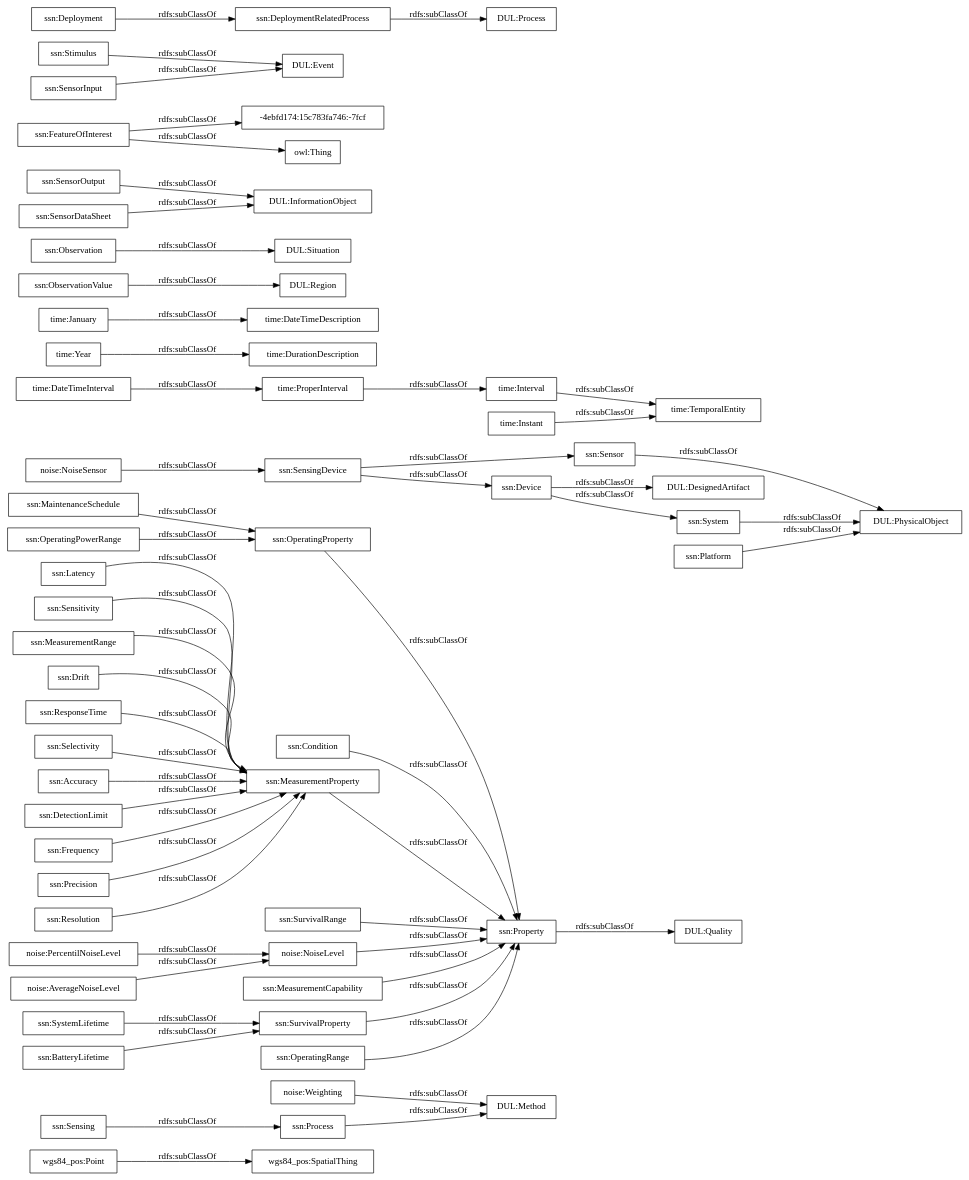
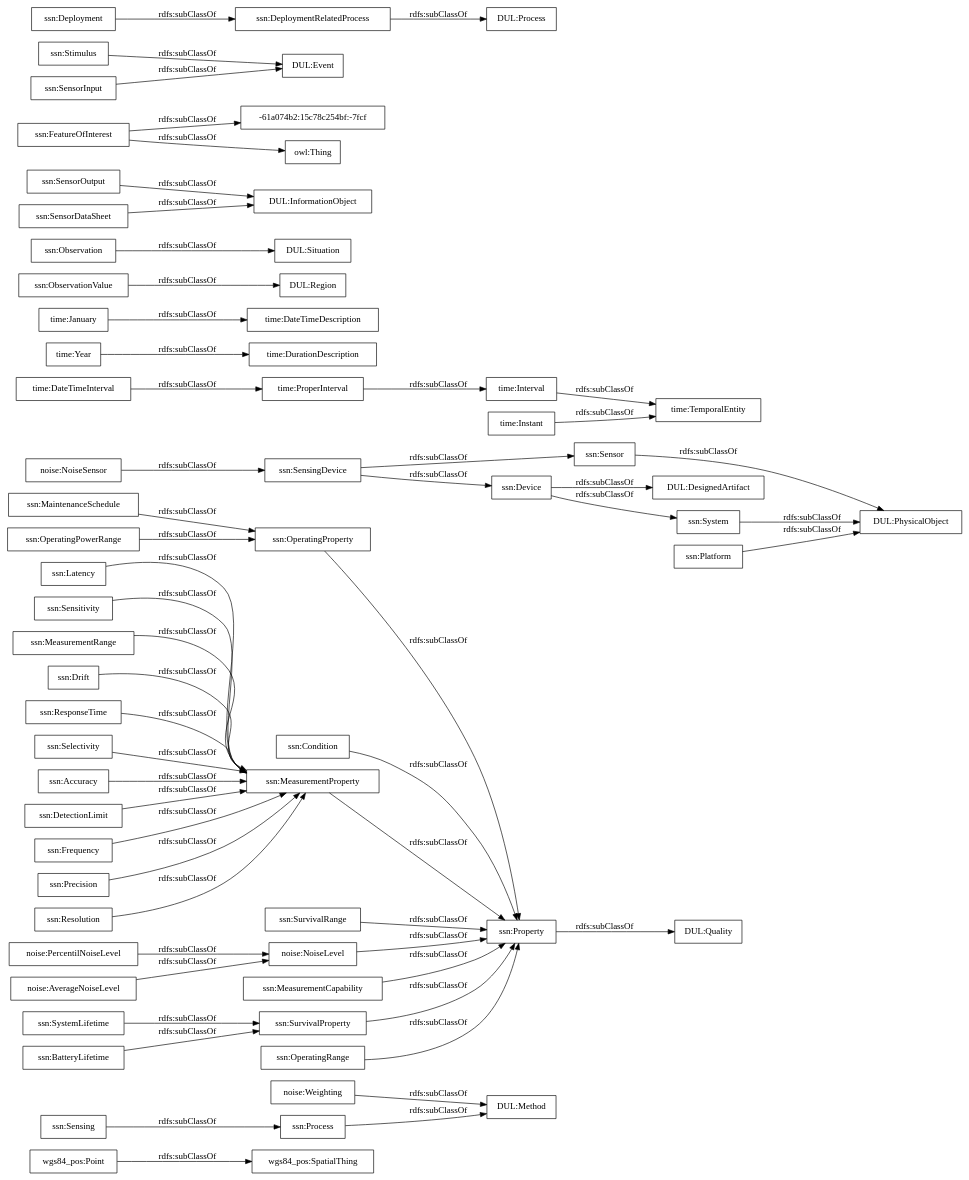
One commit to opencitydata/vocab-medio-ambiente-contaminacion-acustica changed the diagram in OnToology/contaminacion-acustica.owl/diagrams/ar2dtool-taxonomy/contaminacion-acustica.owl.png.dot. Above: the diagram before and after it, drawn with Graphviz. The commit also changed 1 other file, not shown here.

```diff
--- a/OnToology/contaminacion-acustica.owl/diagrams/ar2dtool-taxonomy/contaminacion-acustica.owl.png.dot
+++ b/OnToology/contaminacion-acustica.owl/diagrams/ar2dtool-taxonomy/contaminacion-acustica.owl.png.dot
@@ -1,60 +1,60 @@
 digraph ar2dtool_diagram { 
 rankdir=LR;
 size="1000"
-node [shape = rectangle, color="black"]; "wgs84_pos:SpatialThing" "wgs84_pos:Point" "noise:Weighting" "noise:PercentilNoiseLevel" "noise:NoiseSensor" "noise:NoiseLevel" "noise:AverageNoiseLevel" "time:DateTimeInterval" "time:DurationDescription" "time:January" "time:ProperInterval" "time:Interval" "time:TemporalEntity" "time:Year" "time:DateTimeDescription" "time:Instant" "ssn:Accuracy" "ssn:DetectionLimit" "ssn:Frequency" "ssn:Condition" "DUL:Region" "DUL:Situation" "DUL:PhysicalObject" "ssn:SensorOutput" "ssn:Precision" "ssn:Resolution" "DUL:Quality" "ssn:FeatureOfInterest" "ssn:Sensor" "DUL:InformationObject" "ssn:OperatingProperty" "DUL:Event" "ssn:OperatingPowerRange" "DUL:Method" "ssn:MaintenanceSchedule" "ssn:Sensing" "ssn:Latency" "ssn:SurvivalRange" "ssn:SensingDevice" "DUL:DesignedArtifact" "ssn:Sensitivity" "ssn:Stimulus" "DUL:Process" "ssn:MeasurementRange" "ssn:System" "ssn:SystemLifetime" "ssn:Property" "ssn:MeasurementProperty" "-4ebfd174:15c783fa746:-7fcf" "ssn:Process" "ssn:Deployment" "ssn:MeasurementCapability" "ssn:BatteryLifetime" "ssn:Drift" "ssn:DeploymentRelatedProcess" "ssn:SensorInput" "ssn:ResponseTime" "ssn:ObservationValue" "ssn:SensorDataSheet" "ssn:Observation" "ssn:Selectivity" "ssn:SurvivalProperty" "ssn:Device" "ssn:OperatingRange" "ssn:Platform" ; /*classes style*/
+node [shape = rectangle, color="black"]; "wgs84_pos:SpatialThing" "wgs84_pos:Point" "noise:Weighting" "noise:PercentilNoiseLevel" "noise:NoiseSensor" "noise:NoiseLevel" "noise:AverageNoiseLevel" "time:DateTimeInterval" "time:DurationDescription" "time:January" "time:ProperInterval" "time:Interval" "time:TemporalEntity" "time:Year" "time:DateTimeDescription" "time:Instant" "ssn:Accuracy" "ssn:DetectionLimit" "ssn:Frequency" "ssn:Condition" "DUL:Region" "DUL:Situation" "DUL:PhysicalObject" "ssn:SensorOutput" "ssn:Precision" "ssn:Resolution" "DUL:Quality" "ssn:FeatureOfInterest" "ssn:Sensor" "DUL:InformationObject" "ssn:OperatingProperty" "DUL:Event" "ssn:OperatingPowerRange" "DUL:Method" "ssn:MaintenanceSchedule" "ssn:Sensing" "ssn:Latency" "-61a074b2:15c78c254bf:-7fcf" "ssn:SurvivalRange" "ssn:SensingDevice" "DUL:DesignedArtifact" "ssn:Sensitivity" "ssn:Stimulus" "DUL:Process" "ssn:MeasurementRange" "ssn:System" "ssn:SystemLifetime" "ssn:Property" "ssn:MeasurementProperty" "ssn:Process" "ssn:Deployment" "ssn:MeasurementCapability" "ssn:BatteryLifetime" "ssn:Drift" "ssn:DeploymentRelatedProcess" "ssn:SensorInput" "ssn:ResponseTime" "ssn:ObservationValue" "ssn:SensorDataSheet" "ssn:Observation" "ssn:Selectivity" "ssn:SurvivalProperty" "ssn:Device" "ssn:OperatingRange" "ssn:Platform" ; /*classes style*/
 	"noise:AverageNoiseLevel" -> "noise:NoiseLevel" [ label = "rdfs:subClassOf" ];
 	"ssn:Deployment" -> "ssn:DeploymentRelatedProcess" [ label = "rdfs:subClassOf" ];
 	"ssn:SensingDevice" -> "ssn:Sensor" [ label = "rdfs:subClassOf" ];
 	"ssn:SensingDevice" -> "ssn:Device" [ label = "rdfs:subClassOf" ];
 	"ssn:DeploymentRelatedProcess" -> "DUL:Process" [ label = "rdfs:subClassOf" ];
 	"ssn:Accuracy" -> "ssn:MeasurementProperty" [ label = "rdfs:subClassOf" ];
 	"time:Instant" -> "time:TemporalEntity" [ label = "rdfs:subClassOf" ];
+	"ssn:FeatureOfInterest" -> "-61a074b2:15c78c254bf:-7fcf" [ label = "rdfs:subClassOf" ];
 	"ssn:FeatureOfInterest" -> "owl:Thing" [ label = "rdfs:subClassOf" ];
-	"ssn:FeatureOfInterest" -> "-4ebfd174:15c783fa746:-7fcf" [ label = "rdfs:subClassOf" ];
 	"ssn:Latency" -> "ssn:MeasurementProperty" [ label = "rdfs:subClassOf" ];
 	"ssn:Process" -> "DUL:Method" [ label = "rdfs:subClassOf" ];
 	"noise:Weighting" -> "DUL:Method" [ label = "rdfs:subClassOf" ];
 	"time:ProperInterval" -> "time:Interval" [ label = "rdfs:subClassOf" ];
 	"ssn:Property" -> "DUL:Quality" [ label = "rdfs:subClassOf" ];
 	"ssn:MeasurementProperty" -> "ssn:Property" [ label = "rdfs:subClassOf" ];
 	"wgs84_pos:Point" -> "wgs84_pos:SpatialThing" [ label = "rdfs:subClassOf" ];
 	"ssn:ResponseTime" -> "ssn:MeasurementProperty" [ label = "rdfs:subClassOf" ];
 	"ssn:OperatingRange" -> "ssn:Property" [ label = "rdfs:subClassOf" ];
 	"noise:NoiseLevel" -> "ssn:Property" [ label = "rdfs:subClassOf" ];
 	"ssn:MeasurementRange" -> "ssn:MeasurementProperty" [ label = "rdfs:subClassOf" ];
 	"ssn:Stimulus" -> "DUL:Event" [ label = "rdfs:subClassOf" ];
 	"ssn:SurvivalProperty" -> "ssn:Property" [ label = "rdfs:subClassOf" ];
 	"ssn:MaintenanceSchedule" -> "ssn:OperatingProperty" [ label = "rdfs:subClassOf" ];
 	"ssn:SensorInput" -> "DUL:Event" [ label = "rdfs:subClassOf" ];
 	"ssn:Sensitivity" -> "ssn:MeasurementProperty" [ label = "rdfs:subClassOf" ];
 	"ssn:Drift" -> "ssn:MeasurementProperty" [ label = "rdfs:subClassOf" ];
 	"ssn:System" -> "DUL:PhysicalObject" [ label = "rdfs:subClassOf" ];
 	"ssn:Resolution" -> "ssn:MeasurementProperty" [ label = "rdfs:subClassOf" ];
 	"ssn:Precision" -> "ssn:MeasurementProperty" [ label = "rdfs:subClassOf" ];
 	"noise:PercentilNoiseLevel" -> "noise:NoiseLevel" [ label = "rdfs:subClassOf" ];
 	"ssn:DetectionLimit" -> "ssn:MeasurementProperty" [ label = "rdfs:subClassOf" ];
 	"time:DateTimeInterval" -> "time:ProperInterval" [ label = "rdfs:subClassOf" ];
 	"ssn:Sensor" -> "DUL:PhysicalObject" [ label = "rdfs:subClassOf" ];
 	"ssn:SensorDataSheet" -> "DUL:InformationObject" [ label = "rdfs:subClassOf" ];
 	"ssn:OperatingPowerRange" -> "ssn:OperatingProperty" [ label = "rdfs:subClassOf" ];
 	"time:Interval" -> "time:TemporalEntity" [ label = "rdfs:subClassOf" ];
 	"noise:NoiseSensor" -> "ssn:SensingDevice" [ label = "rdfs:subClassOf" ];
 	"time:January" -> "time:DateTimeDescription" [ label = "rdfs:subClassOf" ];
 	"ssn:ObservationValue" -> "DUL:Region" [ label = "rdfs:subClassOf" ];
 	"ssn:Device" -> "DUL:DesignedArtifact" [ label = "rdfs:subClassOf" ];
 	"ssn:Device" -> "ssn:System" [ label = "rdfs:subClassOf" ];
 	"ssn:Platform" -> "DUL:PhysicalObject" [ label = "rdfs:subClassOf" ];
 	"time:Year" -> "time:DurationDescription" [ label = "rdfs:subClassOf" ];
 	"ssn:OperatingProperty" -> "ssn:Property" [ label = "rdfs:subClassOf" ];
 	"ssn:Selectivity" -> "ssn:MeasurementProperty" [ label = "rdfs:subClassOf" ];
 	"ssn:BatteryLifetime" -> "ssn:SurvivalProperty" [ label = "rdfs:subClassOf" ];
 	"ssn:Observation" -> "DUL:Situation" [ label = "rdfs:subClassOf" ];
 	"ssn:Sensing" -> "ssn:Process" [ label = "rdfs:subClassOf" ];
 	"ssn:SystemLifetime" -> "ssn:SurvivalProperty" [ label = "rdfs:subClassOf" ];
 	"ssn:SurvivalRange" -> "ssn:Property" [ label = "rdfs:subClassOf" ];
 	"ssn:Frequency" -> "ssn:MeasurementProperty" [ label = "rdfs:subClassOf" ];
 	"ssn:SensorOutput" -> "DUL:InformationObject" [ label = "rdfs:subClassOf" ];
 	"ssn:Condition" -> "ssn:Property" [ label = "rdfs:subClassOf" ];
 	"ssn:MeasurementCapability" -> "ssn:Property" [ label = "rdfs:subClassOf" ];
 
 }
```
